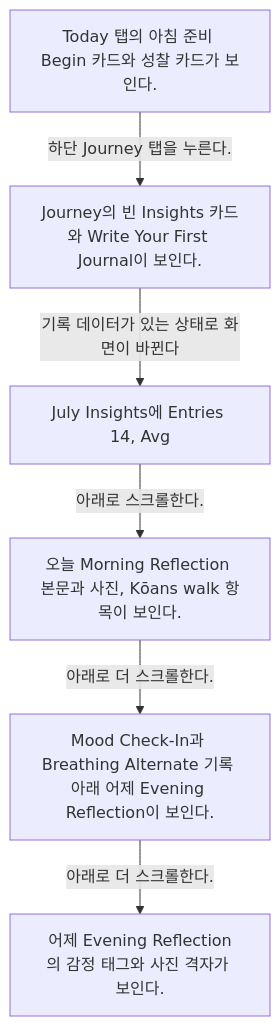
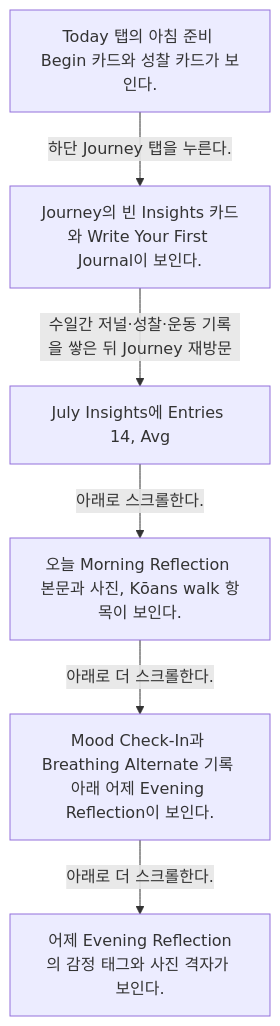
Before and after one commit to Dev-Corgi/Stoic-Build-Clone-Test: the diagram in docs/Stoic/flows/journey-f338c549/README.md, drawn with Mermaid. The commit also changed other lines of this file and 23 other files, not shown here.

Commit message:
docs: verify Stoic flows with user-confirmed transitions

````diff
--- a/docs/Stoic/flows/journey-f338c549/README.md
+++ b/docs/Stoic/flows/journey-f338c549/README.md
@@ -8,14 +8,14 @@
 ```mermaid
 flowchart TD
   S1["Today 탭의 아침 준비 Begin 카드와 성찰 카드가 보인다."]
   S1 -->|하단 Journey 탭을 누른다.| S2
   S2["Journey의 빈 Insights 카드와 Write Your First Journal이 보인다."]
-  S2 -->|기록 데이터가 있는 상태로 화면이 바뀐다| S3
+  S2 -->|수일간 저널·성찰·운동 기록을 쌓은 뒤 Journey 재방문| S3
   S3["July Insights에 Entries 14, Avg"]
   S3 -->|아래로 스크롤한다.| S4
   S4["오늘 Morning Reflection 본문과 사진, Kōans walk 항목이 보인다."]
   S4 -->|아래로 더 스크롤한다.| S5
   S5["Mood Check-In과 Breathing Alternate 기록 아래 어제 Evening Reflection이 보인다."]
   S5 -->|아래로 더 스크롤한다.| S6
   S6["어제 Evening Reflection의 감정 태그와 사진 격자가 보인다."]
 ```
````
